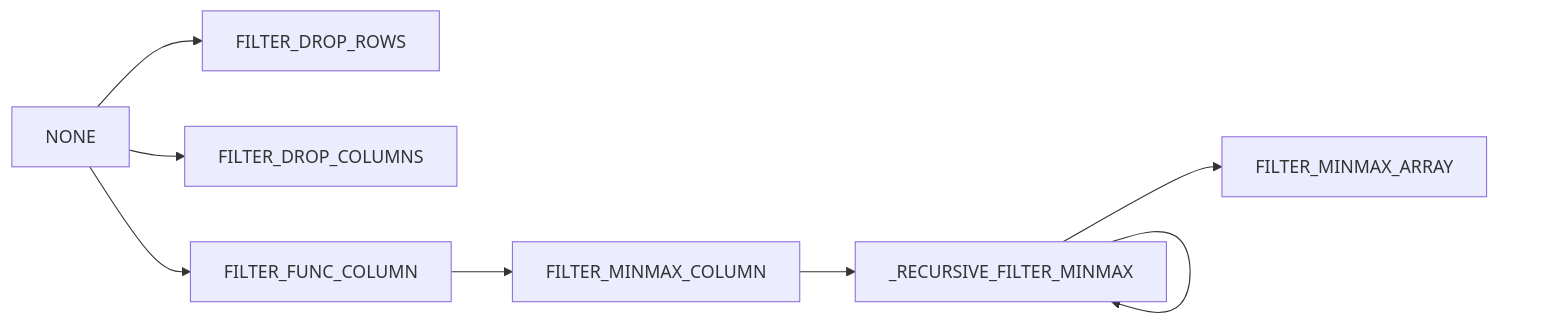
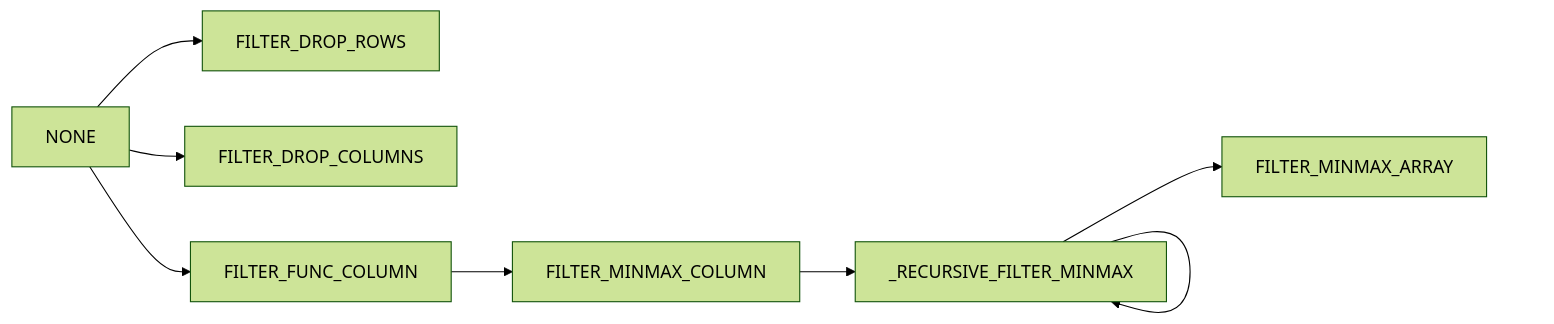
Before and after one commit to taruma/feidlambda: the diagram in release/feidlambda-0-3-0.qmd, drawn with Mermaid. The commit also changed other lines of this file and 1 other file, not shown here.

````diff
--- a/release/feidlambda-0-3-0.qmd
+++ b/release/feidlambda-0-3-0.qmd
@@ -73,10 +167,15 @@
 ```{mermaid}
+%%| label: fig-dep-filter
+%%| fig-cap: Grafik _dependencies_ kategori `FILTER_*`
+%%| fig-height: 100%
+%%{ init: { 'theme': 'forest' } }%%
+
 flowchart LR
   NONE --> FILTER_DROP_ROWS
   NONE --> FILTER_DROP_COLUMNS
   NONE --> FILTER_FUNC_COLUMN
   FILTER_FUNC_COLUMN --> FILTER_MINMAX_COLUMN
   FILTER_MINMAX_COLUMN --> _RECURSIVE_FILTER_MINMAX
   _RECURSIVE_FILTER_MINMAX --> _RECURSIVE_FILTER_MINMAX
   _RECURSIVE_FILTER_MINMAX --> FILTER_MINMAX_ARRAY
 ```
````
